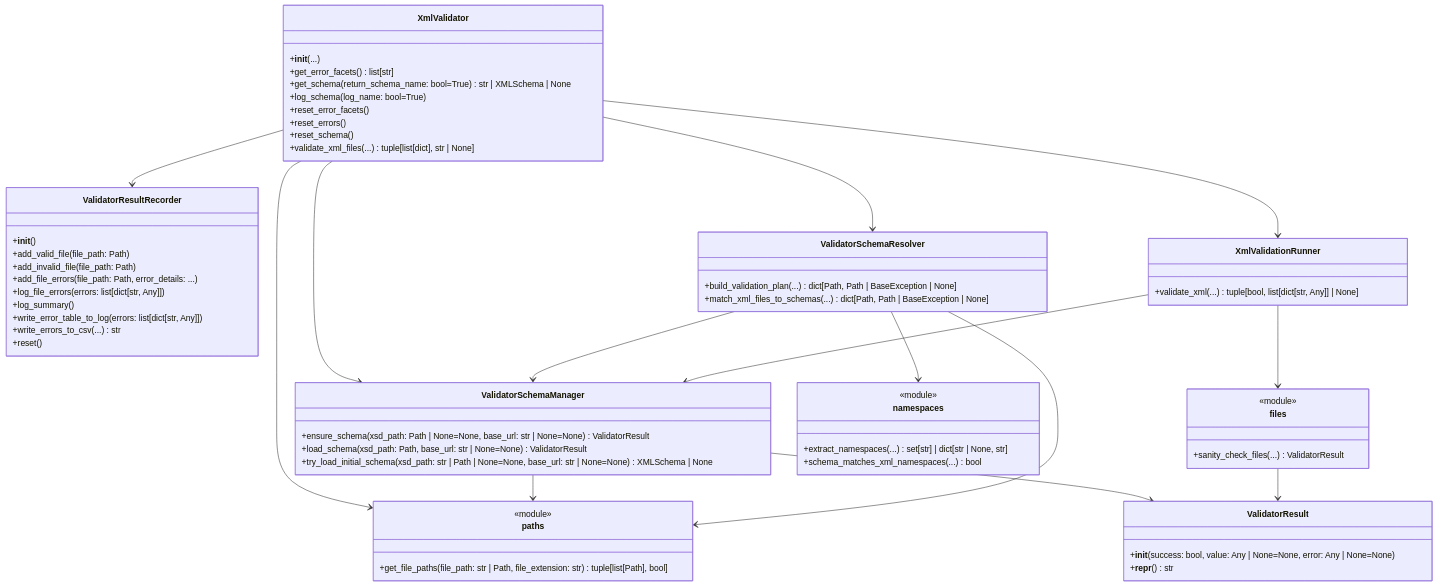
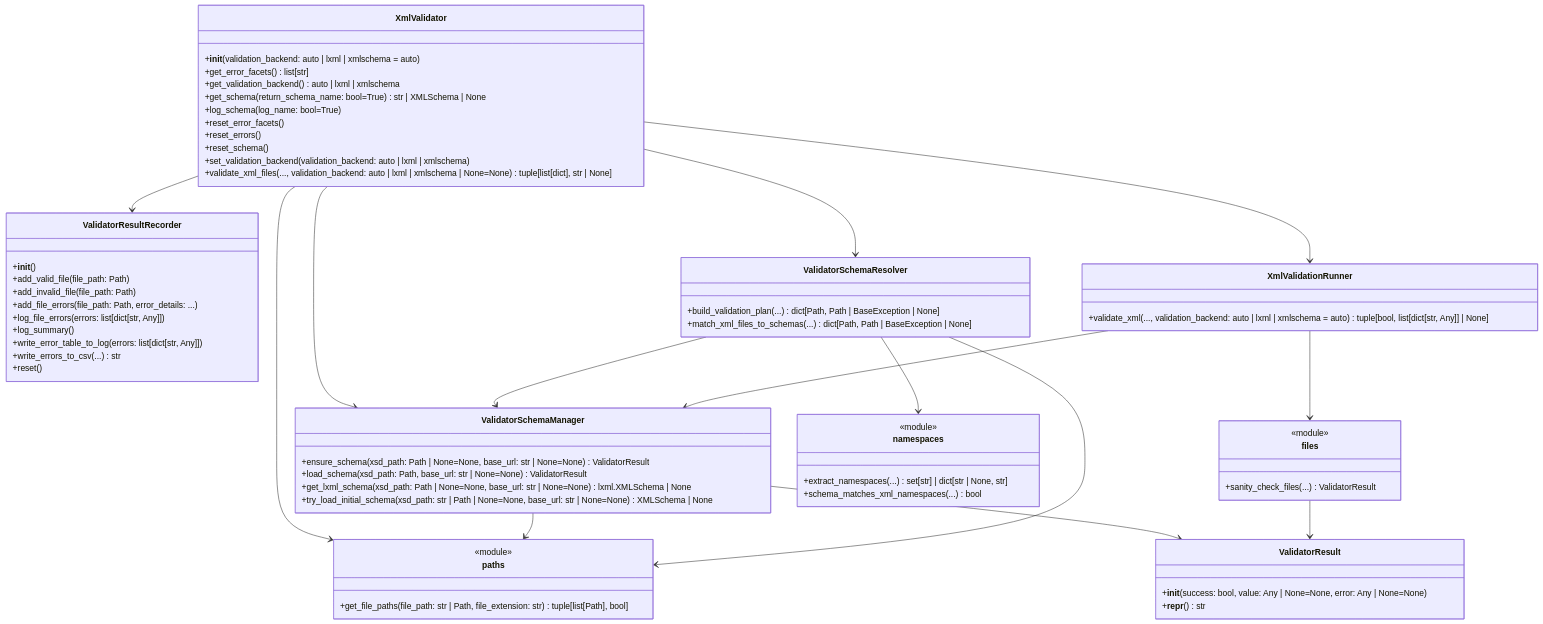
Before and after one commit to MichaelHallik/robotframework-xmlvalidator: the third of 4 diagrams in README.md, drawn with Mermaid. The commit also changed other lines of this file and 25 other files, not shown here.

Commit message:
perf: add lxml-backed XML validation (#13)

````diff
--- a/README.md
+++ b/README.md
@@ -826,79 +860,82 @@
 ```mermaid
 classDiagram
     class XmlValidator {
-        +__init__(...)
+        +__init__(validation_backend: auto | lxml | xmlschema = auto)
         +get_error_facets() list[str]
+        +get_validation_backend() auto | lxml | xmlschema
         +get_schema(return_schema_name: bool=True) str | XMLSchema | None
         +log_schema(log_name: bool=True)
         +reset_error_facets()
         +reset_errors()
         +reset_schema()
-        +validate_xml_files(...) tuple[list[dict], str | None]
+        +set_validation_backend(validation_backend: auto | lxml | xmlschema)
+        +validate_xml_files(..., validation_backend: auto | lxml | xmlschema | None=None) tuple[list[dict], str | None]
     }
 
     class ValidatorResultRecorder {
         +__init__()
         +add_valid_file(file_path: Path)
         +add_invalid_file(file_path: Path)
         +add_file_errors(file_path: Path, error_details: ...)
         +log_file_errors(errors: list[dict[str, Any]])
         +log_summary()
         +write_error_table_to_log(errors: list[dict[str, Any]])
         +write_errors_to_csv(...) str
         +reset()
     }
 
     class ValidatorResult {
         +__init__(success: bool, value: Any | None=None, error: Any | None=None)
         +__repr__() str
     }
 
     class ValidatorSchemaManager {
         +ensure_schema(xsd_path: Path | None=None, base_url: str | None=None) ValidatorResult
         +load_schema(xsd_path: Path, base_url: str | None=None) ValidatorResult
+        +get_lxml_schema(xsd_path: Path | None=None, base_url: str | None=None) lxml.XMLSchema | None
         +try_load_initial_schema(xsd_path: str | Path | None=None, base_url: str | None=None) XMLSchema | None
     }
 
     class ValidatorSchemaResolver {
         +build_validation_plan(...) dict[Path, Path | BaseException | None]
         +match_xml_files_to_schemas(...) dict[Path, Path | BaseException | None]
     }
 
     class XmlValidationRunner {
-        +validate_xml(...) tuple[bool, list[dict[str, Any]] | None]
+        +validate_xml(..., validation_backend: auto | lxml | xmlschema = auto) tuple[bool, list[dict[str, Any]] | None]
     }
 
     class paths {
         <<module>>
         +get_file_paths(file_path: str | Path, file_extension: str) tuple[list[Path], bool]
     }
 
     class files {
         <<module>>
         +sanity_check_files(...) ValidatorResult
     }
 
     class namespaces {
         <<module>>
         +extract_namespaces(...) set[str] | dict[str | None, str]
         +schema_matches_xml_namespaces(...) bool
     }
 
     XmlValidator --> ValidatorResultRecorder
     XmlValidator --> ValidatorSchemaManager
     XmlValidator --> ValidatorSchemaResolver
     XmlValidator --> XmlValidationRunner
     XmlValidator --> paths
 
     ValidatorSchemaManager --> paths
     ValidatorSchemaManager --> ValidatorResult
 
     ValidatorSchemaResolver --> ValidatorSchemaManager
     ValidatorSchemaResolver --> paths
     ValidatorSchemaResolver --> namespaces
 
     XmlValidationRunner --> ValidatorSchemaManager
     XmlValidationRunner --> files
 
     files --> ValidatorResult
 ```
````
